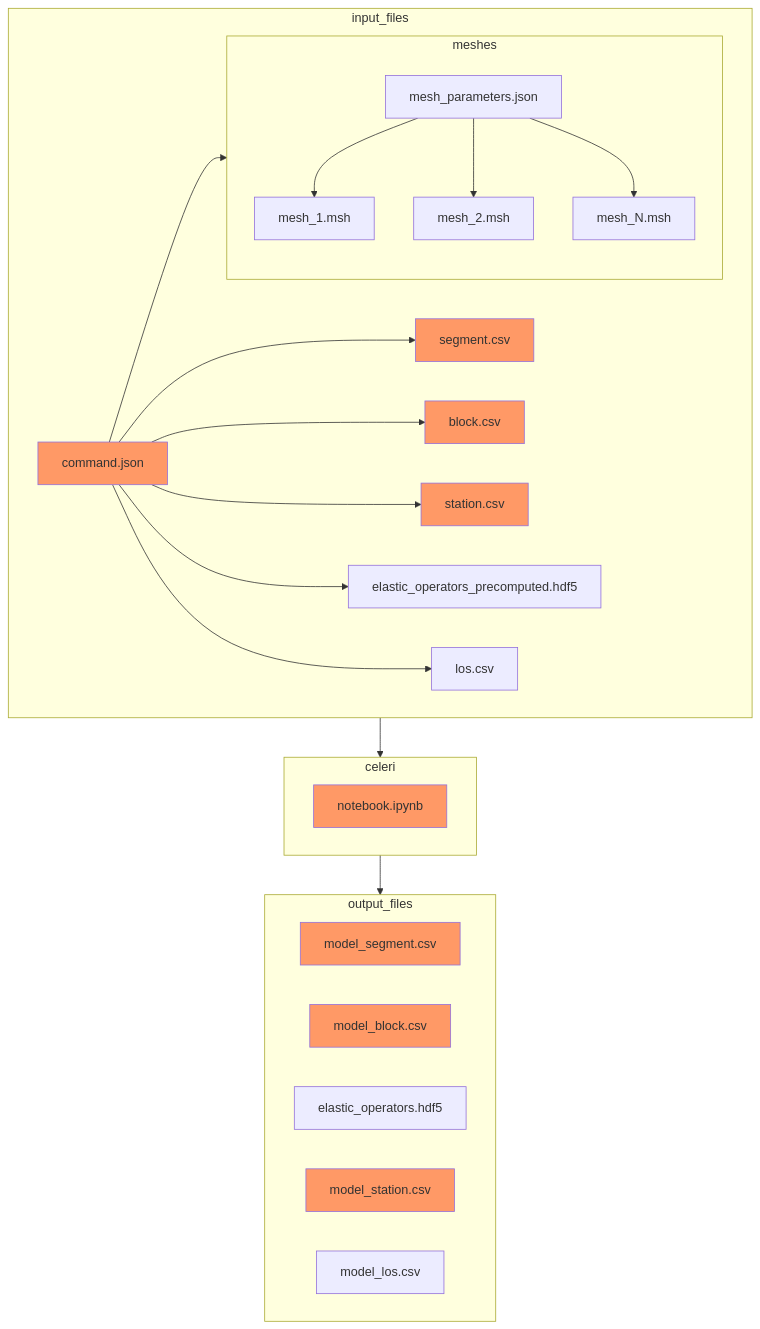
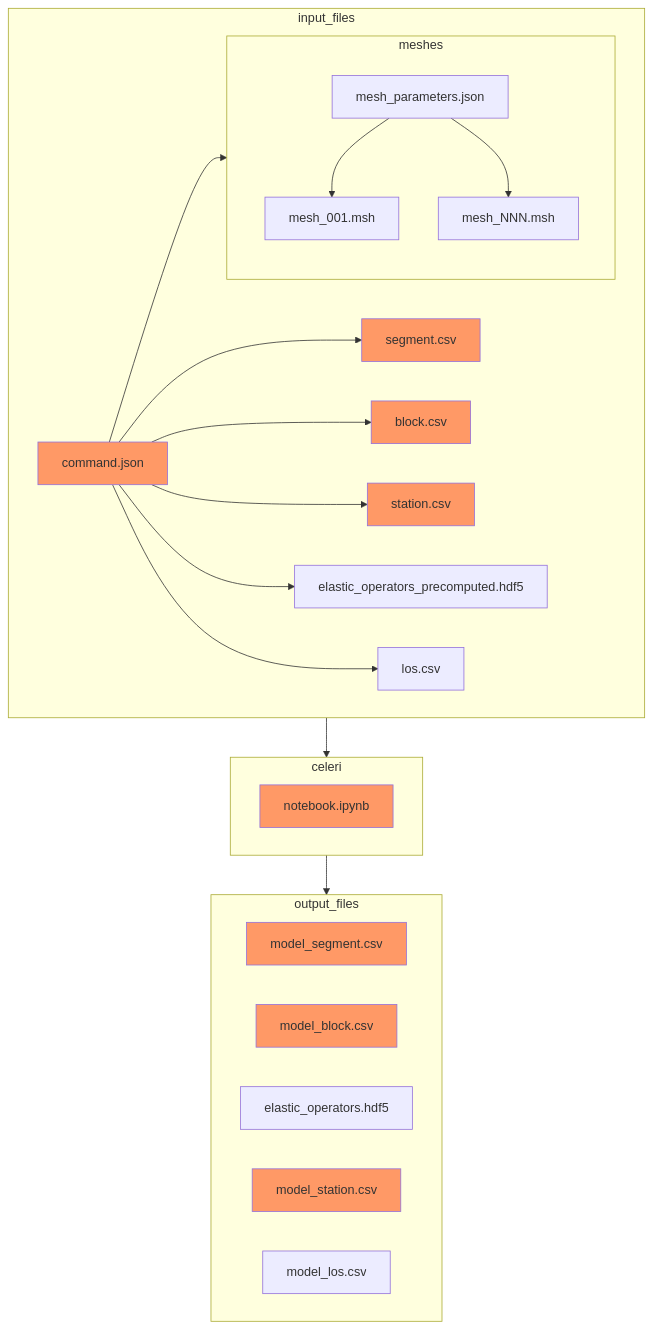
Before and after one commit to brendanjmeade/celeri: the diagram in README.md, drawn with Mermaid. The commit also changed other lines of this file, not shown here.

````diff
--- a/README.md
+++ b/README.md
@@ -81,30 +71,29 @@
 ```mermaid
 flowchart TD
   classDef required fill:#f96;
   subgraph input_files
     command.json:::required --> segment.csv:::required
     command.json:::required --> block.csv:::required
     command.json:::required --> station.csv:::required
     subgraph meshes
       mesh_parameters.json
-      mesh_parameters.json --> mesh_1.msh
-      mesh_parameters.json --> mesh_2.msh
-      mesh_parameters.json --> mesh_N.msh
+      mesh_parameters.json --> mesh_001.msh
+      mesh_parameters.json --> mesh_NNN.msh
     end
     command.json --> meshes
     command.json --> elastic_operators_precomputed.hdf5
     command.json --> los.csv
   end
   subgraph celeri
     notebook.ipynb:::required
   end
   subgraph output_files
     model_segment.csv:::required
     model_block.csv:::required
     elastic_operators.hdf5
     model_station.csv:::required
     model_los.csv
   end
   input_files --> celeri
   celeri --> output_files
 ```
````
